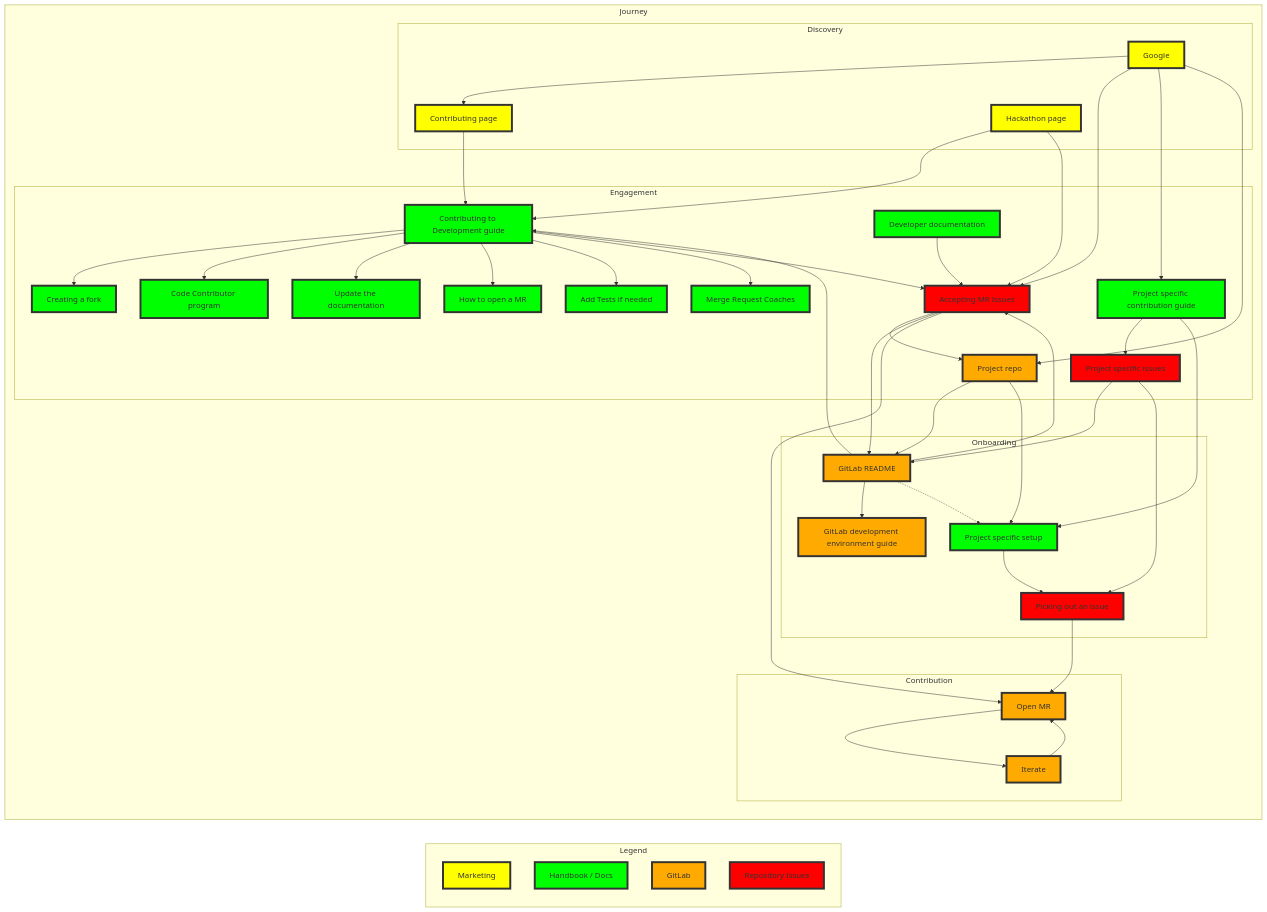
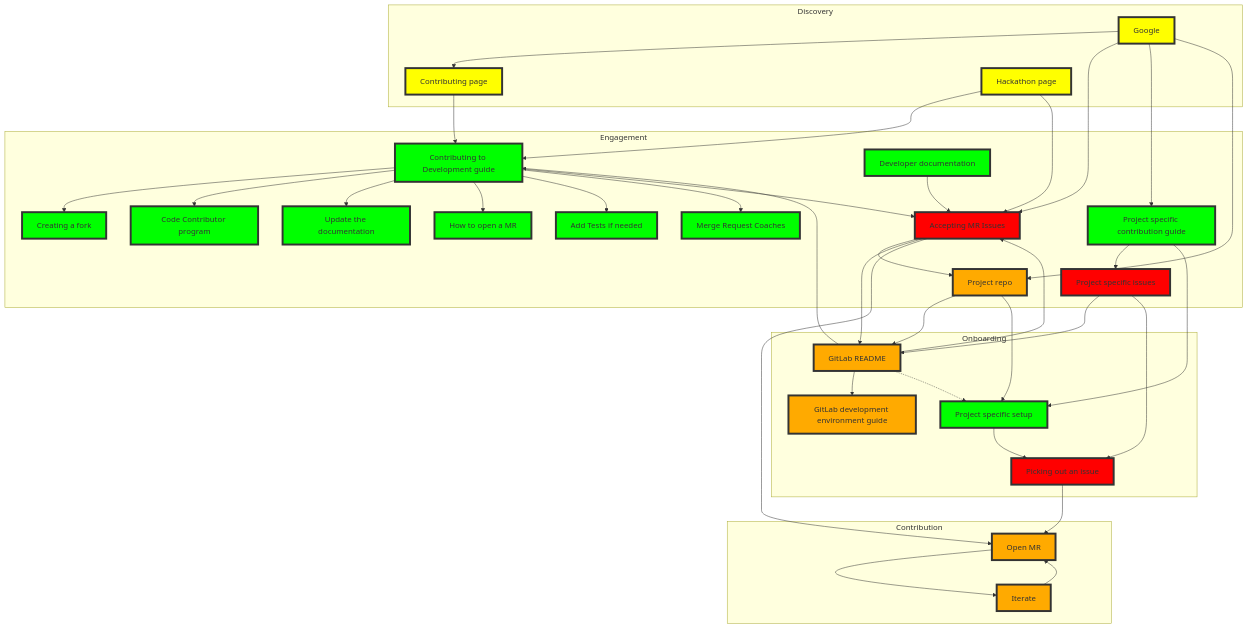
The second of 3 diagrams in quality/contributor-success-team/user-journey.html.md (secretstartups/handbook), drawn with Mermaid before and after one commit. The commit also changed other lines of this file, not shown here.

Commit message:
Simplify User Journey graphs

````diff
--- a/quality/contributor-success-team/user-journey.html.md
+++ b/quality/contributor-success-team/user-journey.html.md
@@ -22,80 +41,73 @@
 ```mermaid
-graph LR
-    subgraph Legend
-    LA[Marketing]
-    LB[Handbook / Docs]
-    LC[GitLab]
-    LD[Repository Issues]
-    end
-    subgraph Journey
+%%{init: {"flowchart": { "useMaxWidth": false } }}%%
+graph TD
     subgraph Discovery
     AA[Contributing page]
     AB[Hackathon page]
     AC[Google]
     end
     subgraph Engagement
     BA[Contributing to Development guide]
     BB[Creating a fork]
     BC[Code Contributor program]
     BD[Update the documentation]
     BE[How to open a MR]
     BF[Add Tests if needed]
     BG[Merge Request Coaches]
     BH[Developer documentation]
     BI[Accepting MR Issues]
     BJ[Project specific contribution guide]
     BK[Project specific issues]
     BL[Project repo]
     end
     subgraph Onboarding
     CA[GitLab development environment guide]
     CB[GitLab README]
     CC[Project specific setup]
     CD[Picking out an issue]
     end
     subgraph Contribution
     DA[Open MR]
     DB[Iterate]
     end
     AA --> BA
     AB --> BA
     AB --> BI
     AC --> AA
     AC --> BI
     AC --> BJ
     AC --> BL
     BA --> BB
     BA --> BC
     BA --> BD
     BA --> BE
     BA --> BF
     BA --> BG
     BA --> BI
     BH --> BI
     BI --> BL
     BI --> CB
     BI --> DA
     BJ --> BK
     BJ --> CC
     BK --> CB
     BK --> CD
     BL --> CB
     BL --> CC
     CB --> CA
     CB --> BI
     CB --> BA
     CB -.-> CC
     CC --> CD
     CD --> DA
     DA --> DB
     DB --> DA
-    end
     classDef yellow fill:#ff0,stroke:#333,stroke-width:4px;
     classDef green fill:#0f0,stroke:#333,stroke-width:4px;
     classDef orange fill:#fa0,stroke:#333,stroke-width:4px;
     classDef red fill:#f00,stroke:#333,stroke-width:4px;
-    class LA,AA,AB,AC yellow;
-    class LB,BA,BB,BC,BD,BE,BF,BG,BH,BJ,CC green;
-    class LC,BL,CB,CA,DA,DB orange;
-    class LD,BI,BK,CD red;
+    class AA,AB,AC yellow;
+    class BA,BB,BC,BD,BE,BF,BG,BH,BJ,CC green;
+    class BL,CB,CA,DA,DB orange;
+    class BI,BK,CD red;
 ```
````
